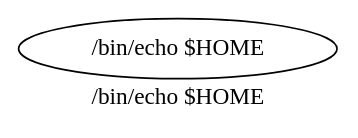
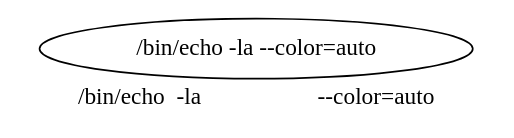
The diagram in tree.dot (YeGoRenji/minishell-1337), drawn with Graphviz before and after one commit. The commit also changed 3 other files, not shown here.

```diff
--- a/tree.dot
+++ b/tree.dot
@@ -1,4 +1,4 @@
 digraph yep {
-	label="/bin/echo $HOME"
-	n0[label="/bin/echo $HOME "];
+	label="/bin/echo  -la                    --color=auto"
+	n0[label="/bin/echo -la --color=auto "];
 }
```
